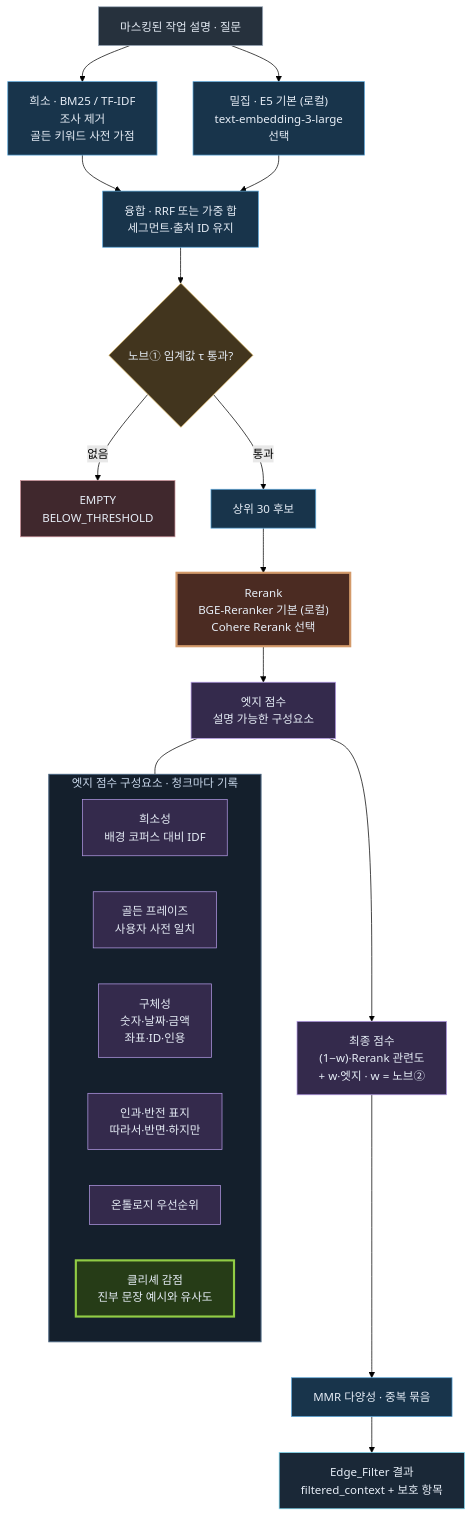
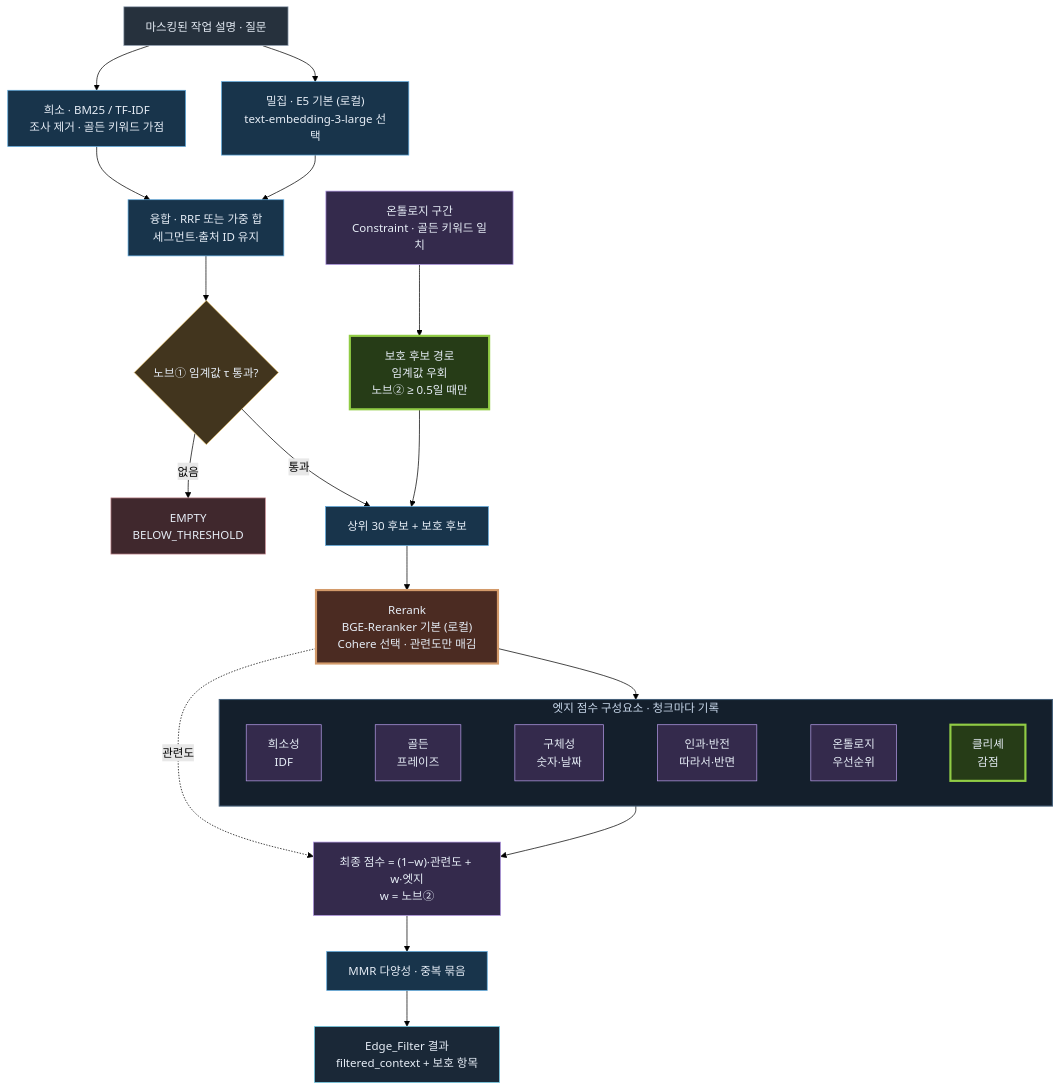
The diagram in docs/diagrams/04-hybrid-edge-scoring.mmd (ai-agent-orchestrator/langchain-rag-research-agent), drawn with Mermaid (forest theme) before and after one commit. The commit also changed 19 other files, not shown here.

First line of the commit message:
docs: add dark-mode Equalizer study guide PDF and refreshed diagrams

```diff
--- a/docs/diagrams/04-hybrid-edge-scoring.mmd
+++ b/docs/diagrams/04-hybrid-edge-scoring.mmd
@@ -1,44 +1,39 @@
 flowchart TB
-  Q["마스킹된 작업 설명 · 질문"] --> SP["희소 · BM25 / TF-IDF<br/>조사 제거<br/>골든 키워드 사전 가점"]
-  Q --> DN["밀집 · E5 기본 (로컬)<br/>text-embedding-3-large<br/>선택"]
+  Q["마스킹된 작업 설명 · 질문"] --> SP["희소 · BM25 / TF-IDF<br/>조사 제거 · 골든 키워드 가점"]
+  Q --> DN["밀집 · E5 기본 (로컬)<br/>text-embedding-3-large 선택"]
   SP --> FU["융합 · RRF 또는 가중 합<br/>세그먼트·출처 ID 유지"]
   DN --> FU
   FU --> GT{"노브① 임계값 τ 통과?"}
+  ON["온톨로지 구간<br/>Constraint · 골든 키워드 일치"] --> PRT["보호 후보 경로<br/>임계값 우회<br/>노브② ≥ 0.5일 때만"]
   GT -->|"없음"| EM["EMPTY<br/>BELOW_THRESHOLD"]
-  GT -->|"통과"| TOP["상위 30 후보"]
-  TOP --> RR["Rerank<br/>BGE-Reranker 기본 (로컬)<br/>Cohere Rerank 선택"]
-  RR --> ES["엣지 점수<br/>설명 가능한 구성요소"]
+  GT -->|"통과"| TOP["상위 30 후보 + 보호 후보"]
+  PRT --> TOP
+  TOP --> RR["Rerank<br/>BGE-Reranker 기본 (로컬)<br/>Cohere 선택 · 관련도만 매김"]
+  RR --> EC
   subgraph EC["엣지 점수 구성요소 · 청크마다 기록"]
     direction LR
-    E1["희소성<br/>배경 코퍼스 대비 IDF"]
-    E2["골든 프레이즈<br/>사용자 사전 일치"]
-    E3["구체성<br/>숫자·날짜·금액<br/>좌표·ID·인용"]
-    E4["인과·반전 표지<br/>따라서·반면·하지만"]
-    E5["온톨로지 우선순위"]
-    E6["클리셰 감점<br/>진부 문장 예시와 유사도"]
+    E1["희소성<br/>IDF"] ~~~ E2["골든<br/>프레이즈"] ~~~ E3["구체성<br/>숫자·날짜"] ~~~ E4["인과·반전<br/>따라서·반면"] ~~~ E5["온톨로지<br/>우선순위"] ~~~ E6["클리셰<br/>감점"]
   end
-  ES --- EC
-  ES --> SC["최종 점수<br/>(1−w)·Rerank 관련도<br/>+ w·엣지 · w = 노브②"]
-  SC --> MMR["MMR 다양성 · 중복 묶음"]
-  MMR --> OUT["Edge_Filter 결과<br/>filtered_context + 보호 항목"]
+  EC --> SC["최종 점수 = (1−w)·관련도 + w·엣지<br/>w = 노브②"]
+  RR -.->|"관련도"| SC
+  SC --> MMR["MMR 다양성 · 중복 묶음"] --> OUT["Edge_Filter 결과<br/>filtered_context + 보호 항목"]
   classDef strategy fill:#173b3e,stroke:#66cfc8,color:#e6edf6;
   classDef architecture fill:#342a4c,stroke:#b39ae5,color:#e6edf6;
   classDef engineering fill:#18344b,stroke:#5ba7db,color:#e6edf6;
   classDef python fill:#26313d,stroke:#a1afbf,color:#e6edf6;
-  classDef java fill:#1f3320,stroke:#8fcf86,color:#e6edf6;
   classDef guard fill:#263c17,stroke:#91cc45,stroke-width:3px,color:#e6edf6;
   classDef worker fill:#4b2b22,stroke:#d39a6a,stroke-width:3px,color:#e6edf6;
   classDef control fill:#42351e,stroke:#ddb965,color:#e6edf6;
   classDef result fill:#1a2837,stroke:#78d5ef,color:#e6edf6;
   classDef stop fill:#40282d,stroke:#c58b92,color:#e6edf6;
   class Q python;
-  class SP,DN,FU engineering;
+  class SP,DN,FU,TOP,MMR engineering;
   class GT control;
   class EM stop;
-  class TOP,MMR engineering;
   class RR worker;
-  class ES,SC architecture;
+  class SC architecture;
   class E1,E2,E3,E4,E5 architecture;
-  class E6 guard;
+  class E6,PRT guard;
+  class ON architecture;
   class OUT result;
   style EC fill:#141f2c,stroke:#455f79,stroke-width:1.5px,color:#c9d8eb
```
